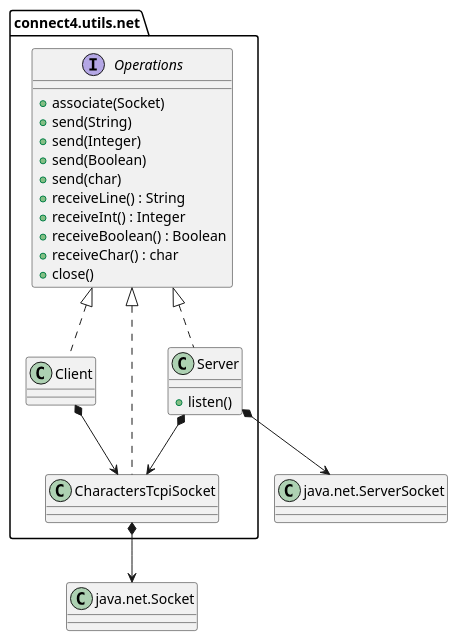
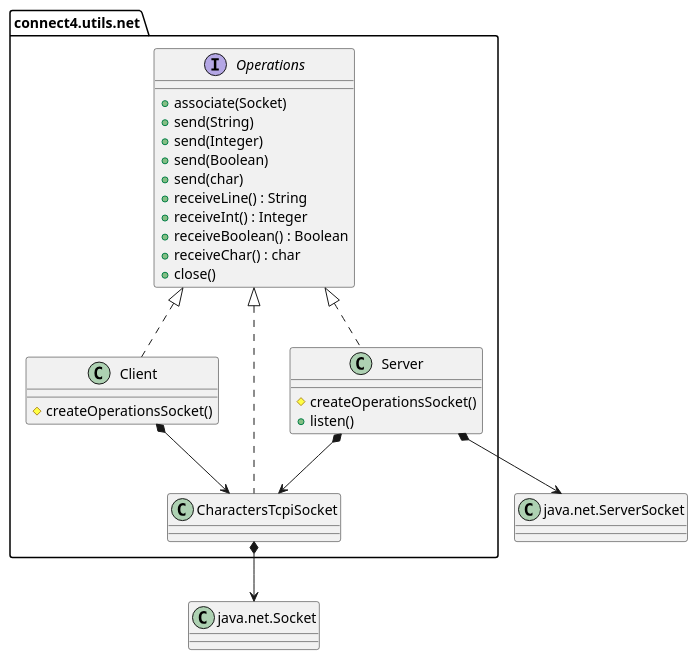
The diagram in connect4/Docs/diagrams/src/packages/connect4.utils.net.plantuml (js-rom/connect4), drawn with PlantUML before and after one commit. The commit also changed 3 other files, not shown here.

```diff
--- a/connect4/Docs/diagrams/src/packages/connect4.utils.net.plantuml
+++ b/connect4/Docs/diagrams/src/packages/connect4.utils.net.plantuml
@@ -1,37 +1,39 @@
 @startuml utils.net
 
 package net as "connect4.utils.net" {
     interface Operations {
         + associate(Socket)
         + send(String)
         + send(Integer)
         +send(Boolean)
         +send(char)
         + receiveLine() : String
         + receiveInt() : Integer
         + receiveBoolean() : Boolean
         + receiveChar() : char
         + close()
     }
     class Client {
+        # createOperationsSocket()
     }
     class Server {
+        # createOperationsSocket()
         + listen()
     }
     class CharactersTcpiSocket {
 
     }
 }
 
 class ServerSocket as "java.net.ServerSocket"
 class Socket as "java.net.Socket"
 
 Operations <|.. net.Client
 Operations <|.. net.Server
 Operations <|.. net.CharactersTcpiSocket
 net.Client *--> net.CharactersTcpiSocket
 net.Server *--> net.CharactersTcpiSocket
 net.Server *--> ServerSocket
 net.CharactersTcpiSocket *--> Socket
 
 @enduml
```
